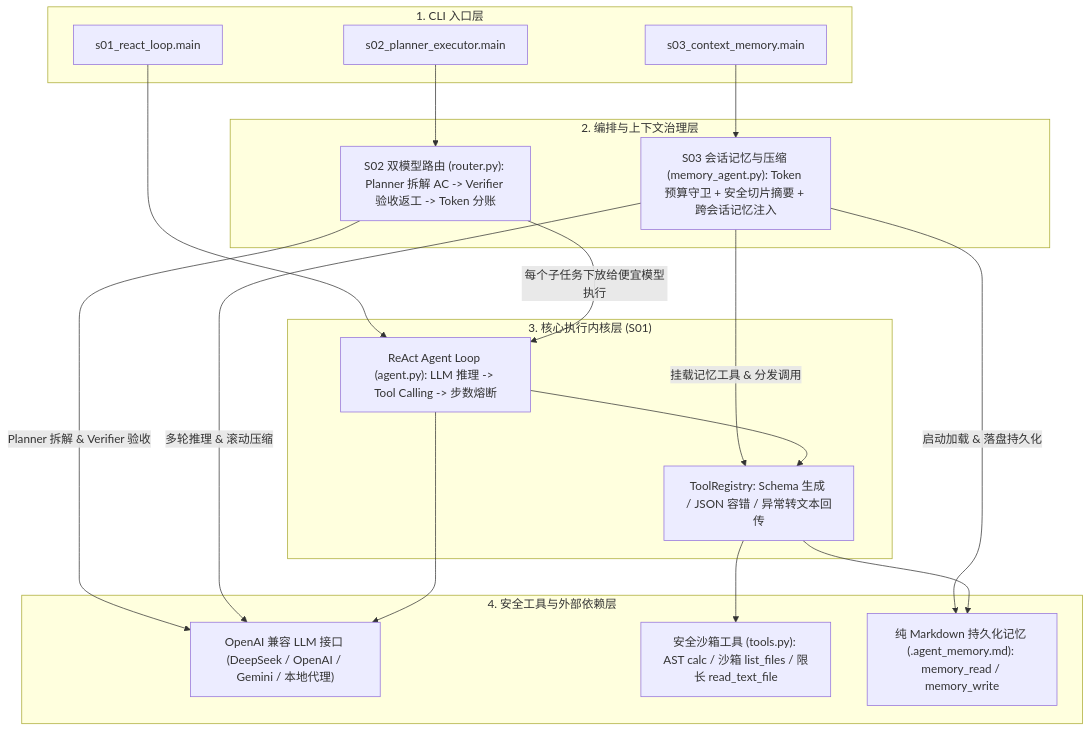
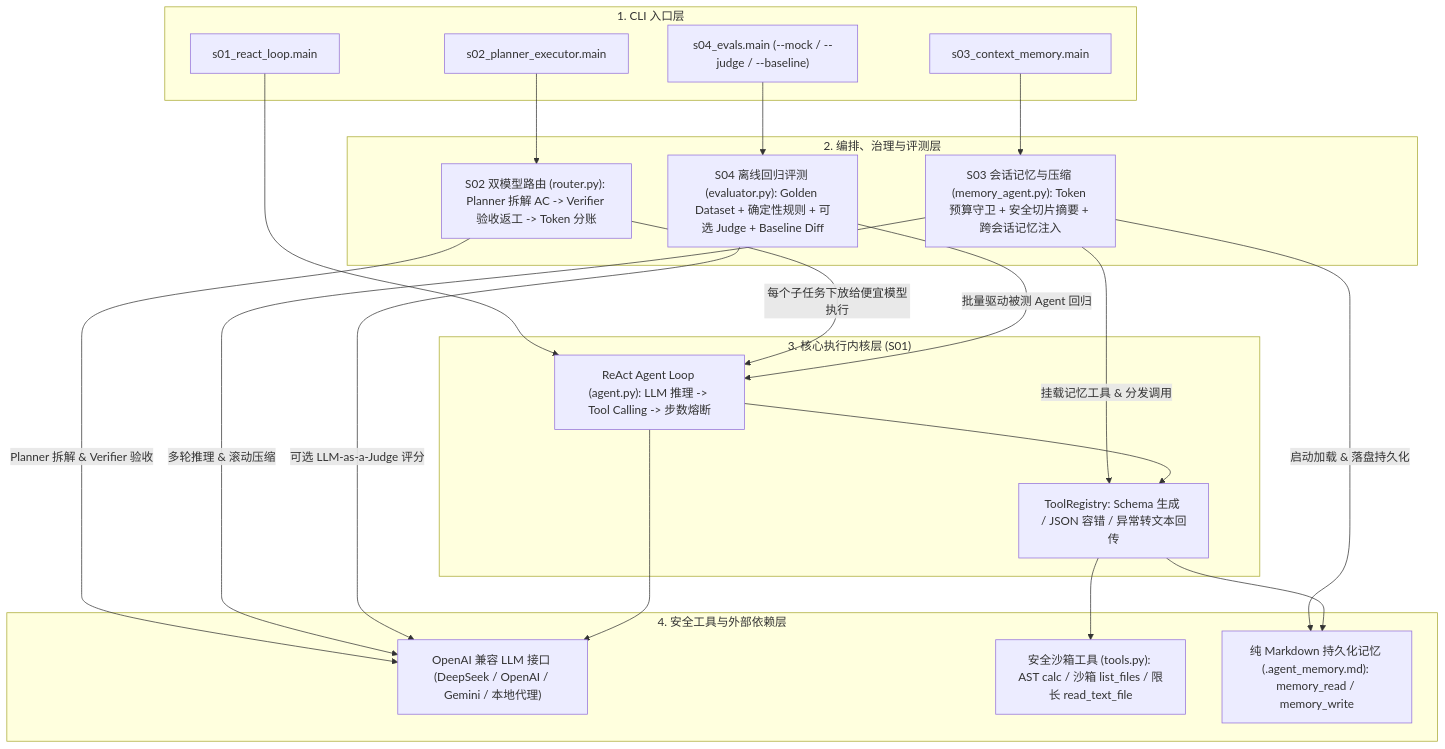
The first of 5 diagrams in README.md (noble0305/mini-agent-lab), drawn with Mermaid before and after one commit. The commit also changed other lines of this file, not shown here.

Commit message:
docs(readme): complete S01-S04 architecture, flowcharts, and quickstart guide

````diff
--- a/README.md
+++ b/README.md
@@ -13,39 +13,44 @@
 ```mermaid
 flowchart TB
     subgraph Entry["1. CLI 入口层"]
         M1["s01_react_loop.main"]
         M2["s02_planner_executor.main"]
         M3["s03_context_memory.main"]
+        M4["s04_evals.main (--mock / --judge / --baseline)"]
     end
 
-    subgraph Orchestration["2. 编排与上下文治理层"]
+    subgraph Orchestration["2. 编排、治理与评测层"]
         S2["S02 双模型路由 (router.py): Planner 拆解 AC -> Verifier 验收返工 -> Token 分账"]
         S3["S03 会话记忆与压缩 (memory_agent.py): Token 预算守卫 + 安全切片摘要 + 跨会话记忆注入"]
+        S4["S04 离线回归评测 (evaluator.py): Golden Dataset + 确定性规则 + 可选 Judge + Baseline Diff"]
     end
 
     subgraph Core["3. 核心执行内核层 (S01)"]
         LOOP["ReAct Agent Loop (agent.py): LLM 推理 -> Tool Calling -> 步数熔断"]
         REG["ToolRegistry: Schema 生成 / JSON 容错 / 异常转文本回传"]
     end
 
     subgraph Infra["4. 安全工具与外部依赖层"]
         LLM["OpenAI 兼容 LLM 接口 (DeepSeek / OpenAI / Gemini / 本地代理)"]
         TOOLS["安全沙箱工具 (tools.py): AST calc / 沙箱 list_files / 限长 read_text_file"]
         MEM["纯 Markdown 持久化记忆 (.agent_memory.md): memory_read / memory_write"]
     end
 
     M1 --> LOOP
     M2 --> S2
     M3 --> S3
+    M4 --> S4
 
     S2 -->|"每个子任务下放给便宜模型执行"| LOOP
     S2 -->|"Planner 拆解 & Verifier 验收"| LLM
     S3 -->|"挂载记忆工具 & 分发调用"| REG
     S3 -->|"多轮推理 & 滚动压缩"| LLM
     S3 -->|"启动加载 & 落盘持久化"| MEM
+    S4 -->|"批量驱动被测 Agent 回归"| LOOP
+    S4 -->|"可选 LLM-as-a-Judge 评分"| LLM
 
     LOOP --> REG
     LOOP --> LLM
     REG --> TOOLS
     REG --> MEM
 ```
````
